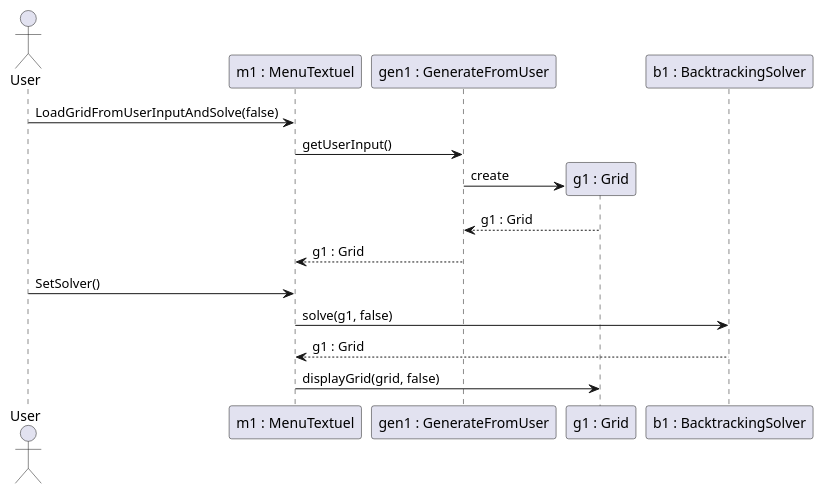
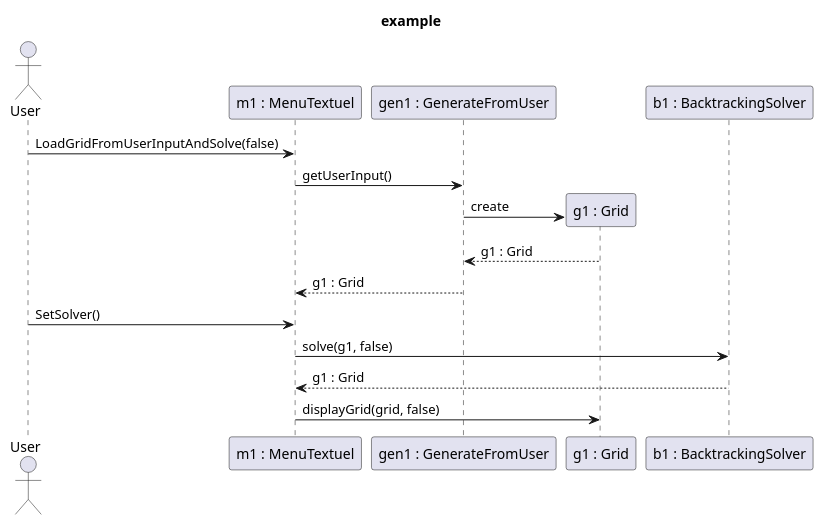
One commit to PolytechLyon/SudokuAPO changed the diagram in out/production/SudokuAPO/sequenceDiagramResolution.puml. Above: the diagram before and after it, drawn with PlantUML. The commit also changed 1 other file, not shown here.

```diff
--- a/out/production/SudokuAPO/sequenceDiagramResolution.puml
+++ b/out/production/SudokuAPO/sequenceDiagramResolution.puml
@@ -1,21 +1,22 @@
 @startuml
+title example
 actor User
 
 User->"m1 : MenuTextuel" : LoadGridFromUserInputAndSolve(false)
 
 
 
 "m1 : MenuTextuel"->"gen1 : GenerateFromUser" : getUserInput()
 "gen1 : GenerateFromUser" -> "g1 : Grid" ** : create
 "gen1 : GenerateFromUser"<--"g1 : Grid" : g1 : Grid
 "gen1 : GenerateFromUser"-->"m1 : MenuTextuel" : g1 : Grid
 
 "User"->"m1 : MenuTextuel" : SetSolver()
 
 
 "m1 : MenuTextuel"->"b1 : BacktrackingSolver" : solve(g1, false)
 
 "m1 : MenuTextuel"<--"b1 : BacktrackingSolver" : g1 : Grid
 "m1 : MenuTextuel"->"g1 : Grid" : displayGrid(grid, false)
 
 @enduml
```
